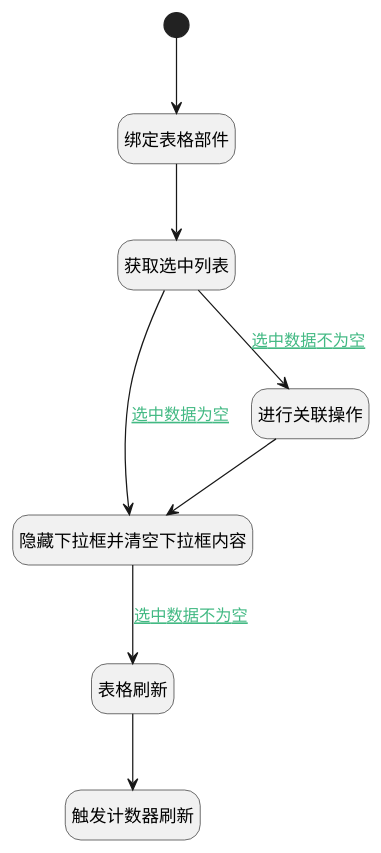
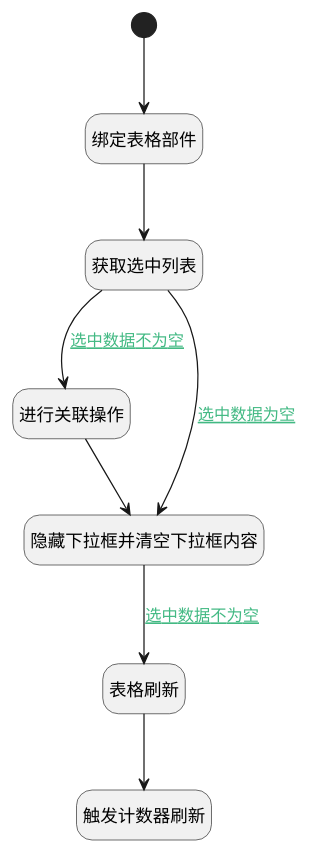
One commit to iBizLab/plm changed the diagram in doc/docsify/module/TestMgmt/test_case/uilogic/work_item_relation_test_case.md. Above: the diagram before and after it, drawn with PlantUML. The commit also changed other lines of this file and 1473 other files, not shown here.

````diff
--- a/doc/docsify/module/TestMgmt/test_case/uilogic/work_item_relation_test_case.md
+++ b/doc/docsify/module/TestMgmt/test_case/uilogic/work_item_relation_test_case.md
@@ -7,30 +7,30 @@
 ```plantuml
 @startuml
 hide footbox
 <style>
 root {
   HyperlinkColor #42b983
 }
 </style>
 
 hide empty description
 state "开始" as Begin <<start>> [[$./work_item_relation_test_case#begin {开始}]]
-state "隐藏下拉框并清空下拉框内容" as RAWJSCODE1  [[$./work_item_relation_test_case#rawjscode1 {隐藏下拉框并清空下拉框内容}]]
-state "触发计数器刷新" as RAWJSCODE3  [[$./work_item_relation_test_case#rawjscode3 {触发计数器刷新}]]
 state "绑定表格部件" as PREPAREJSPARAM1  [[$./work_item_relation_test_case#preparejsparam1 {绑定表格部件}]]
-state "进行关联操作" as DEACTION1  [[$./work_item_relation_test_case#deaction1 {进行关联操作}]]
 state "表格刷新" as VIEWCTRLINVOKE1  [[$./work_item_relation_test_case#viewctrlinvoke1 {表格刷新}]]
 state "获取选中列表" as RAWJSCODE2  [[$./work_item_relation_test_case#rawjscode2 {获取选中列表}]]
+state "进行关联操作" as DEACTION1  [[$./work_item_relation_test_case#deaction1 {进行关联操作}]]
+state "触发计数器刷新" as RAWJSCODE3  [[$./work_item_relation_test_case#rawjscode3 {触发计数器刷新}]]
+state "隐藏下拉框并清空下拉框内容" as RAWJSCODE1  [[$./work_item_relation_test_case#rawjscode1 {隐藏下拉框并清空下拉框内容}]]
 
 
 Begin --> PREPAREJSPARAM1
 PREPAREJSPARAM1 --> RAWJSCODE2
 RAWJSCODE2 --> DEACTION1 : [[$./work_item_relation_test_case#rawjscode2-deaction1{选中数据不为空} 选中数据不为空]]
 DEACTION1 --> RAWJSCODE1
 RAWJSCODE1 --> VIEWCTRLINVOKE1 : [[$./work_item_relation_test_case#rawjscode1-viewctrlinvoke1{选中数据不为空} 选中数据不为空]]
 VIEWCTRLINVOKE1 --> RAWJSCODE3
 RAWJSCODE2 --> RAWJSCODE1 : [[$./work_item_relation_test_case#rawjscode2-rawjscode1{选中数据为空} 选中数据为空]]
 
 
 @enduml
 ```
````
